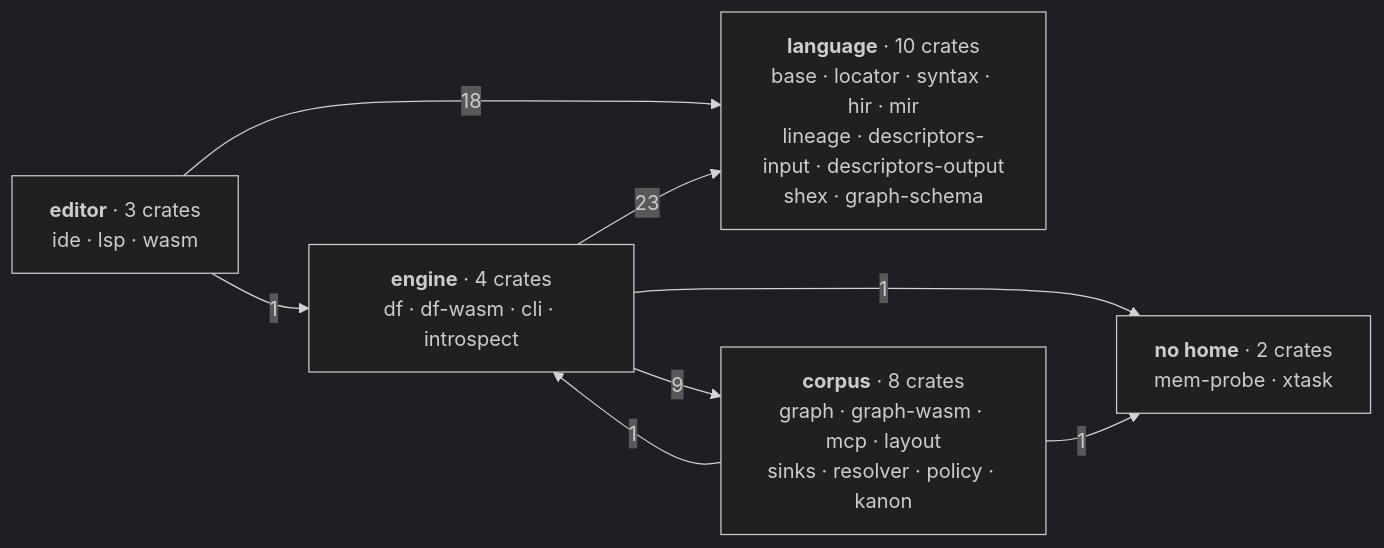
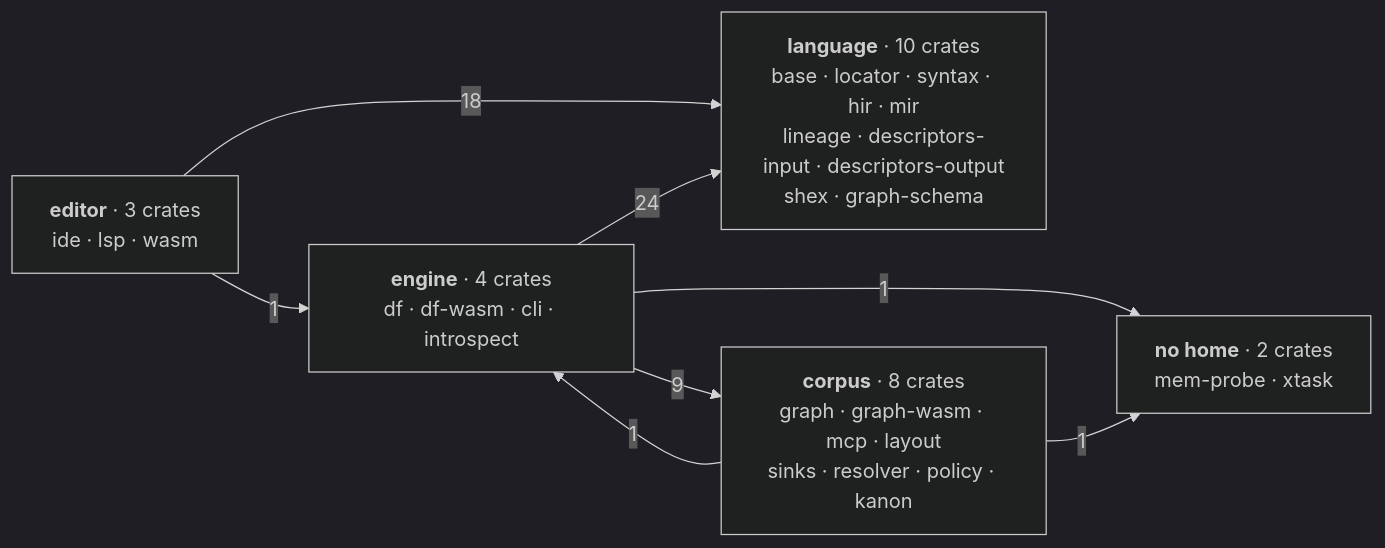
The first of 4 diagrams in apps/docs/content/docs/(root)/architecture.mdx (Kanzo-Tech/fossil-lang), drawn with Mermaid (dark theme) before and after one commit. The commit also changed other lines of this file and 6 other files, not shown here.

````diff
--- a/apps/docs/content/docs/(root)/architecture.mdx
+++ b/apps/docs/content/docs/(root)/architecture.mdx
@@ -14,16 +14,16 @@
 ```mermaid
 graph LR
   L["<b>language</b> · 10 crates<br/>base · locator · syntax · hir · mir<br/>lineage · descriptors-input · descriptors-output<br/>shex · graph-schema"]
   E["<b>editor</b> · 3 crates<br/>ide · lsp · wasm"]
   M["<b>engine</b> · 4 crates<br/>df · df-wasm · cli · introspect"]
   C["<b>corpus</b> · 8 crates<br/>graph · graph-wasm · mcp · layout<br/>sinks · resolver · policy · kanon"]
   X["<b>no home</b> · 2 crates<br/>mem-probe · xtask"]
 
   E -->|18| L
   E -->|1| M
-  M -->|23| L
+  M -->|24| L
   M -->|9| C
   C -->|1| M
   M -->|1| X
   C -->|1| X
 ```
````
